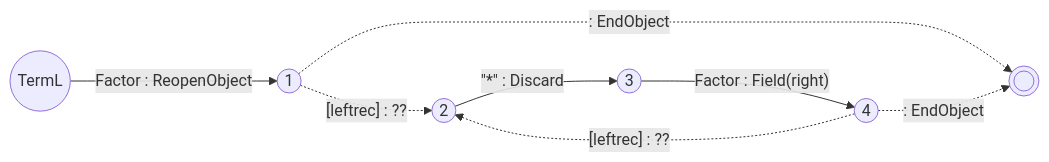
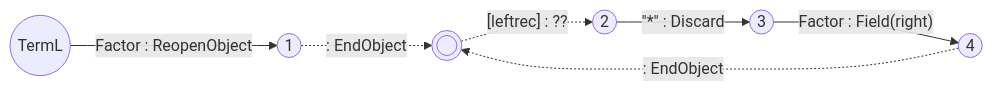
One commit to vczh-websites/vczh changed the seventh of 9 diagrams in Blog/GLR-Refactoring/Mermaid.md. Above: the diagram before and after it, drawn with Mermaid. The commit also changed other lines of this file, not shown here.

````diff
--- a/Blog/GLR-Refactoring/Mermaid.md
+++ b/Blog/GLR-Refactoring/Mermaid.md
@@ -82,10 +82,9 @@
 ```mermaid
 graph LR
   S((TermL))-- Factor : ReopenObject --> 1
   1((1))-. : EndObject .->E((( )))
   2((2))-- #quot;*#quot; : Discard -->3
   3((3))-- Factor : Field(right) --> 4
   4((4))-. : EndObject .->E
-  1-. [leftrec] : ?? .->2
-  4-. [leftrec] : ?? .->2
+  E-. [leftrec] : ?? .->2
 ```
````
